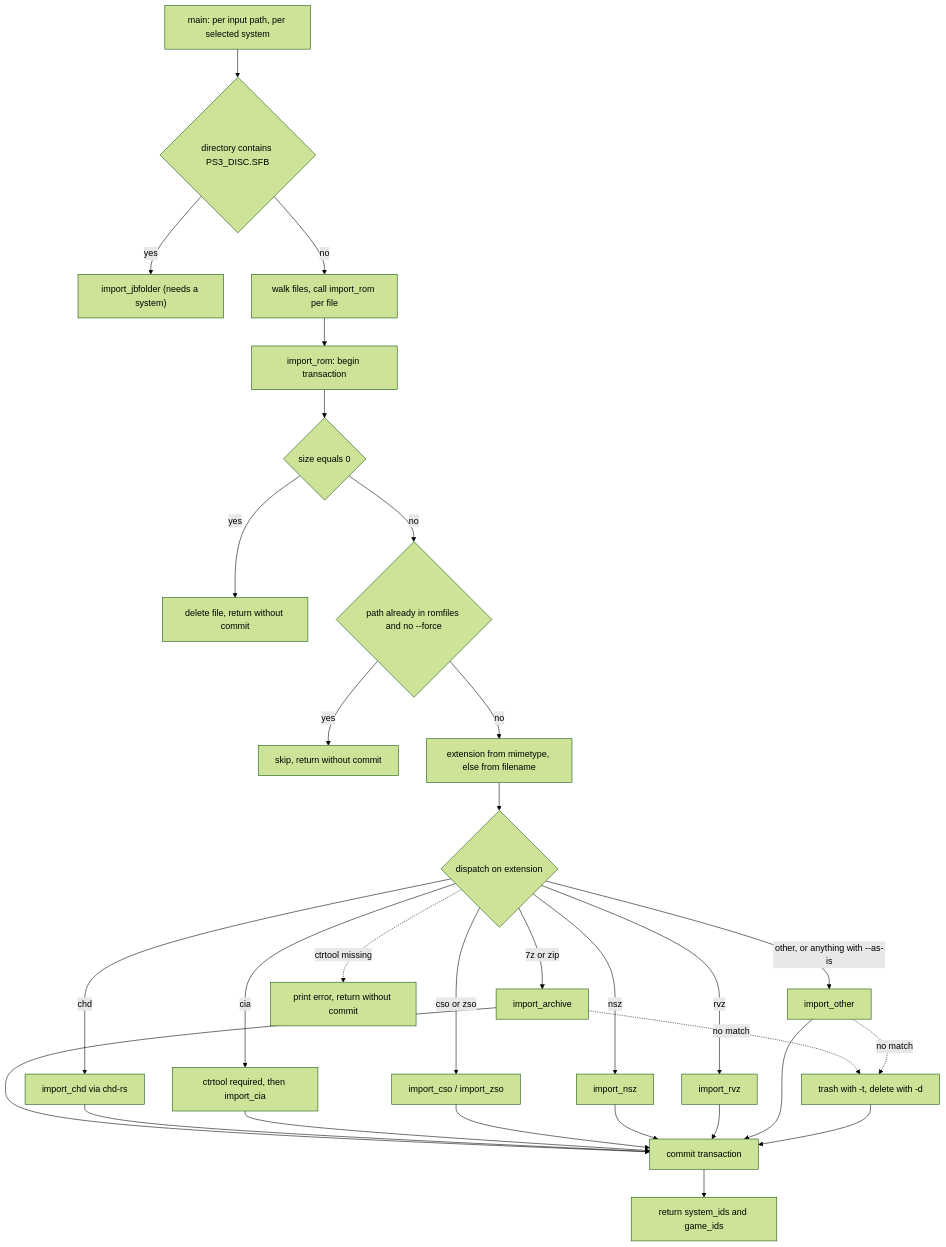
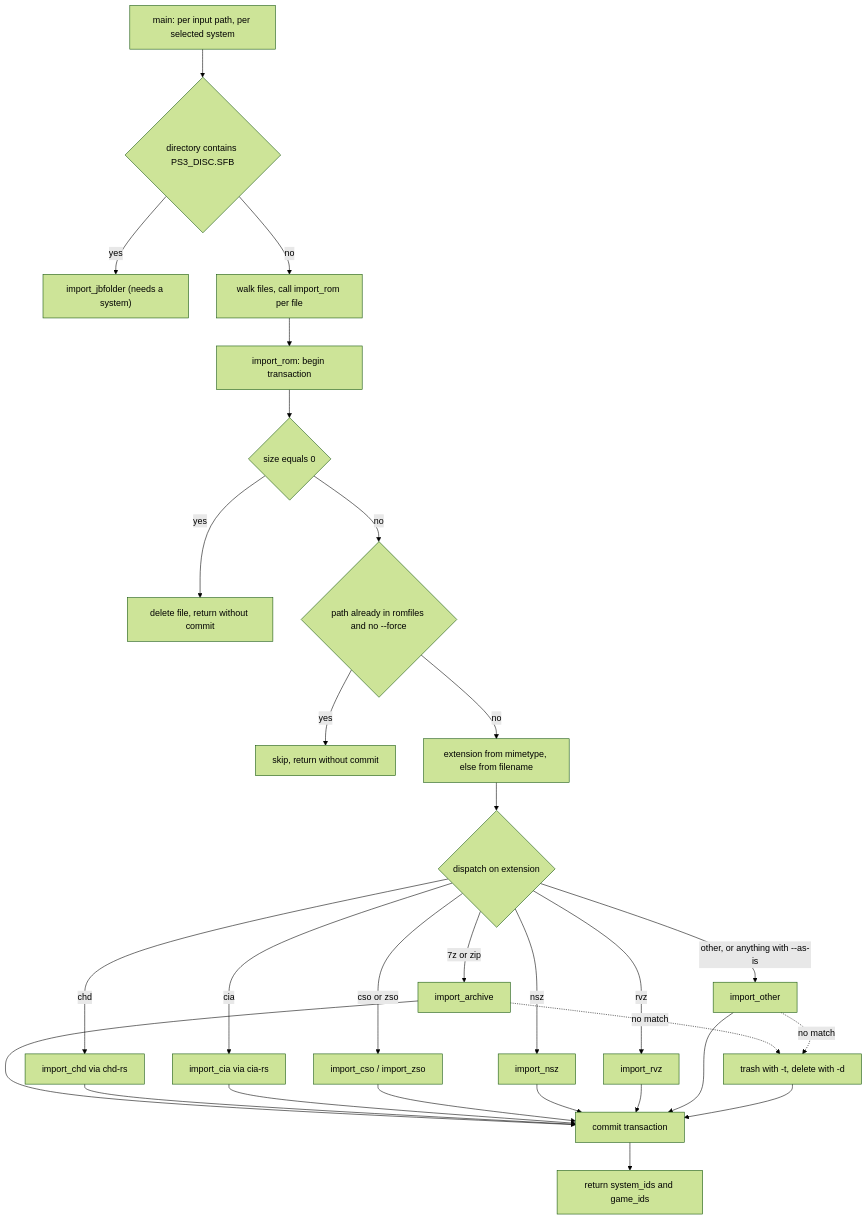
Before and after one commit to alucryd/oxyromon: the diagram in openwiki/workflows/rom-import-pipeline.md, drawn with Mermaid (forest theme). The commit also changed other lines of this file and 108 other files, not shown here.

````diff
--- a/openwiki/workflows/rom-import-pipeline.md
+++ b/openwiki/workflows/rom-import-pipeline.md
@@ -195,34 +197,33 @@
 ```mermaid
 flowchart TD
     S["main: per input path, per selected system"] --> JB{"directory contains PS3_DISC.SFB"}
     JB -->|"yes"| JF["import_jbfolder (needs a system)"]
     JB -->|"no"| W["walk files, call import_rom per file"]
 
     W --> A["import_rom: begin transaction"]
     A --> B{"size equals 0"}
     B -->|"yes"| B1["delete file, return without commit"]
     B -->|"no"| C{"path already in romfiles and no --force"}
     C -->|"yes"| C1["skip, return without commit"]
     C -->|"no"| D["extension from mimetype, else from filename"]
     D --> E{"dispatch on extension"}
     E -->|"7z or zip"| F["import_archive"]
     E -->|"chd"| G["import_chd via chd-rs"]
-    E -->|"cia"| H["ctrtool required, then import_cia"]
+    E -->|"cia"| H["import_cia via cia-rs"]
     E -->|"cso or zso"| I["import_cso / import_zso"]
     E -->|"nsz"| J2["import_nsz"]
     E -->|"rvz"| K["import_rvz"]
     E -->|"other, or anything with --as-is"| L["import_other"]
 
     F --> M["commit transaction"]
     G --> M
     H --> M
     I --> M
     J2 --> M
     K --> M
     L --> M
-    E -.->|"ctrtool missing"| N["print error, return without commit"]
     F -.->|"no match"| O["trash with -t, delete with -d"]
     L -.->|"no match"| O
     O --> M
     M --> P["return system_ids and game_ids"]
 ```
````
